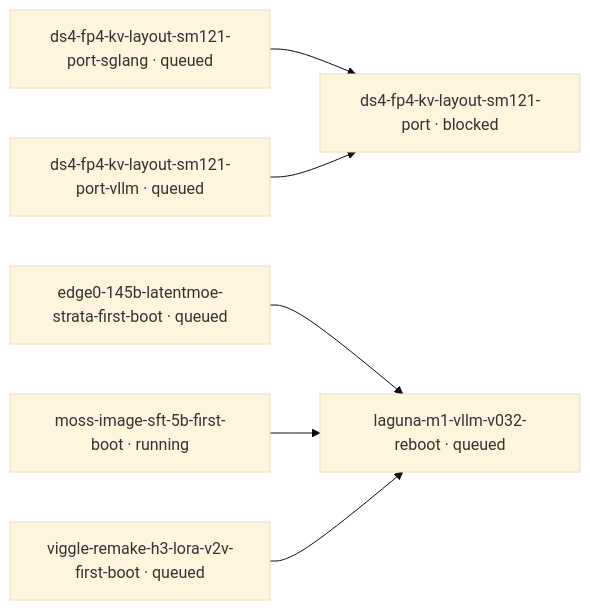
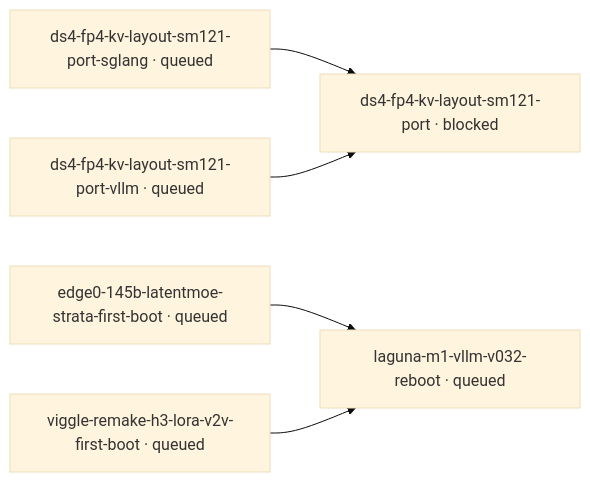
The diagram in mad-science/STATUS.md (littlecedar/sparkrun-recipe-registry), drawn with Mermaid (base theme) before and after one commit. The commit also changed other lines of this file, not shown here.

````diff
--- a/mad-science/STATUS.md
+++ b/mad-science/STATUS.md
@@ -21,17 +21,15 @@
 ```mermaid
 flowchart LR
-  %% 2 blocked, 5 edges, 1 prose-gated, 0 question-gated, 0 question, 21 rows not drawn (--all)
+  %% 2 blocked, 4 edges, 1 prose-gated, 0 question-gated, 0 question, 21 rows not drawn (--all)
   t1["ds4-fp4-kv-layout-sm121-port · blocked"]
   t2["ds4-fp4-kv-layout-sm121-port-sglang · queued"]
   t3["ds4-fp4-kv-layout-sm121-port-vllm · queued"]
   t4["edge0-145b-latentmoe-strata-first-boot · queued"]
   t5["laguna-m1-vllm-v032-reboot · queued"]
-  t6["moss-image-sft-5b-first-boot · running"]
-  t7["viggle-remake-h3-lora-v2v-first-boot · queued"]
+  t6["viggle-remake-h3-lora-v2v-first-boot · queued"]
   t2 --> t1
   t3 --> t1
   t4 --> t5
   t6 --> t5
-  t7 --> t5
   classDef no-recorded-edge stroke-dasharray: 4 3
 ```
````
